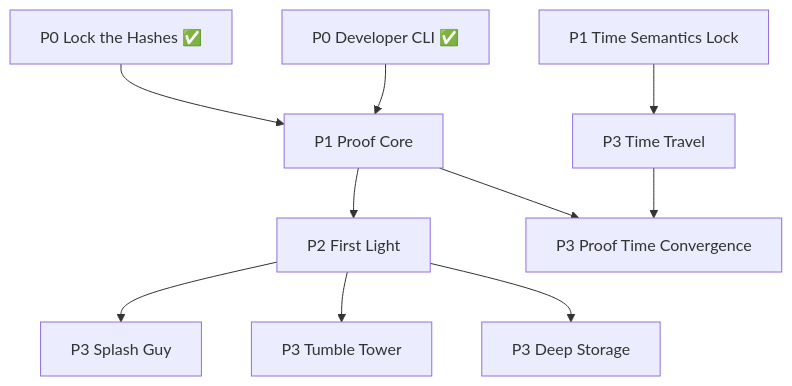
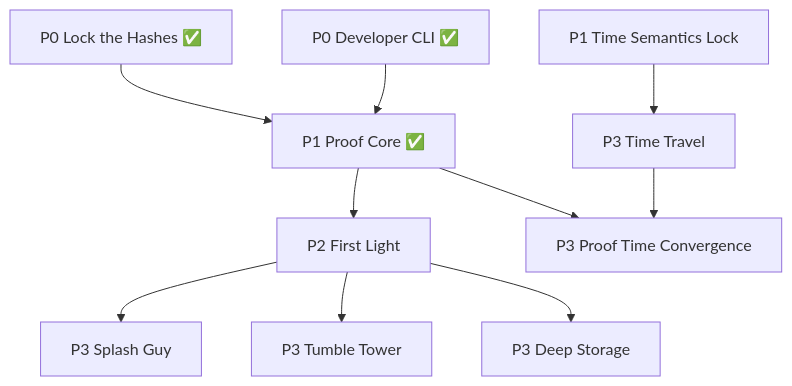
One commit to flyingrobots/echo changed the diagram in docs/ROADMAP.md. Above: the diagram before and after it, drawn with Mermaid. The commit also changed other lines of this file and 1 other file, not shown here.

Commit message:
docs: mark P1 Proof Core as Verified in roadmap

````diff
--- a/docs/ROADMAP.md
+++ b/docs/ROADMAP.md
@@ -22,12 +22,12 @@
 ```mermaid
 flowchart TD
-  A["P0 Lock the Hashes ✅"] --> D["P1 Proof Core"]
+  A["P0 Lock the Hashes ✅"] --> D["P1 Proof Core ✅"]
   B["P0 Developer CLI ✅"] --> D
   D --> C["P2 First Light"]
   E["P1 Time Semantics Lock"] --> F["P3 Time Travel"]
   D --> G["P3 Proof Time Convergence"]
   F --> G
   C --> H["P3 Splash Guy"]
   C --> I["P3 Tumble Tower"]
   C --> J["P3 Deep Storage"]
 ```
````
